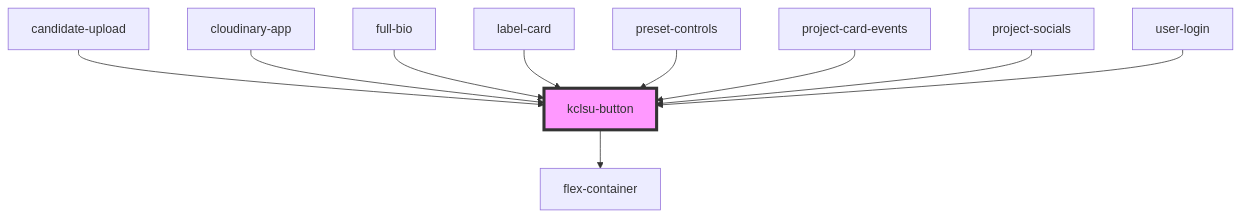
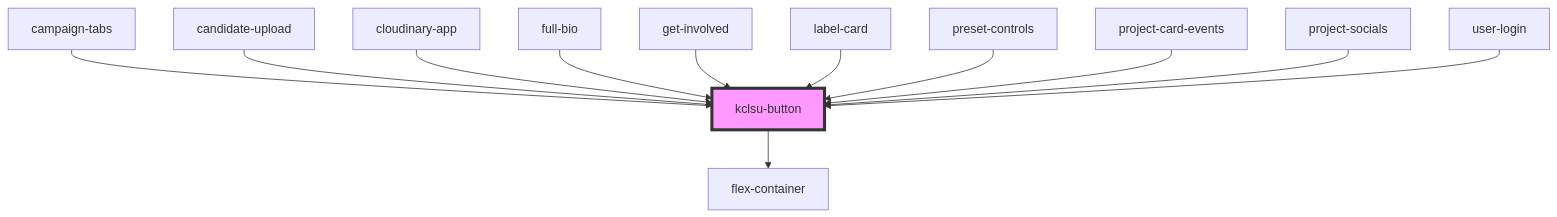
One commit to dev-kylo/component_library changed the diagram in src/components/buttons/kclsu-button/readme.md. Above: the diagram before and after it, drawn with Mermaid. The commit also changed other lines of this file and 16 other files, not shown here.

````diff
--- a/src/components/buttons/kclsu-button/readme.md
+++ b/src/components/buttons/kclsu-button/readme.md
@@ -53,13 +55,15 @@
 ```mermaid
 graph TD;
   kclsu-button --> flex-container
+  campaign-tabs --> kclsu-button
   candidate-upload --> kclsu-button
   cloudinary-app --> kclsu-button
   full-bio --> kclsu-button
+  get-involved --> kclsu-button
   label-card --> kclsu-button
   preset-controls --> kclsu-button
   project-card-events --> kclsu-button
   project-socials --> kclsu-button
   user-login --> kclsu-button
   style kclsu-button fill:#f9f,stroke:#333,stroke-width:4px
 ```
````
